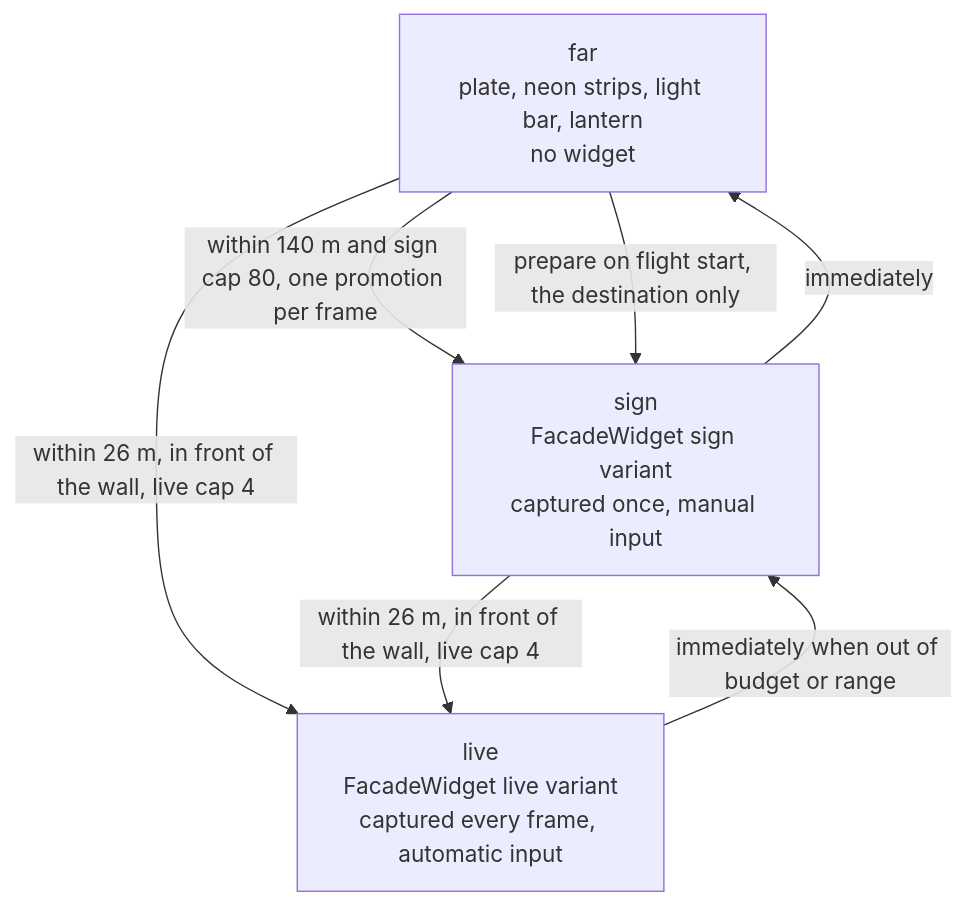
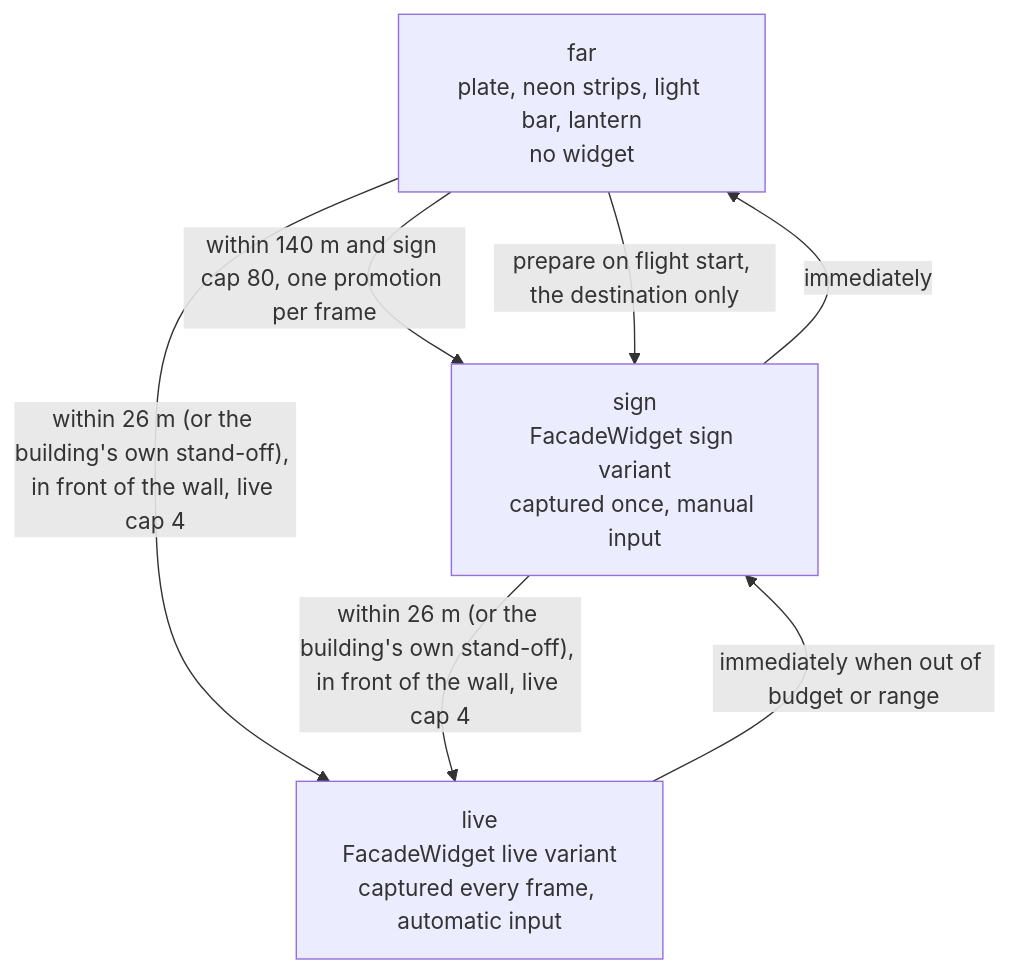
One commit to matthiasn/lotti changed the fourth of 4 diagrams in knowledge/features/plaza.md. Above: the diagram before and after it, drawn with Mermaid. The commit also changed other lines of this file and 5 other files, not shown here.

Commit message:
fix(plaza): the facade you stand before goes live however tall the building; home frames all four pylons; jumbotron reason and link on their own lines

````diff
--- a/knowledge/features/plaza.md
+++ b/knowledge/features/plaza.md
@@ -404,9 +404,9 @@
 ```mermaid
 flowchart TD
   Far["far<br/>plate, neon strips, light bar, lantern<br/>no widget"] -->|"within 140 m and sign cap 80, one promotion per frame"| Sign["sign<br/>FacadeWidget sign variant<br/>captured once, manual input"]
-  Far -->|"within 26 m, in front of the wall, live cap 4"| Live["live<br/>FacadeWidget live variant<br/>captured every frame, automatic input"]
-  Sign -->|"within 26 m, in front of the wall, live cap 4"| Live
+  Far -->|"within 26 m (or the building's own stand-off), in front of the wall, live cap 4"| Live["live<br/>FacadeWidget live variant<br/>captured every frame, automatic input"]
+  Sign -->|"within 26 m (or the building's own stand-off), in front of the wall, live cap 4"| Live
   Live -->|"immediately when out of budget or range"| Sign
   Sign -->|"immediately"| Far
   Far -->|"prepare on flight start, the destination only"| Sign
 ```
````
